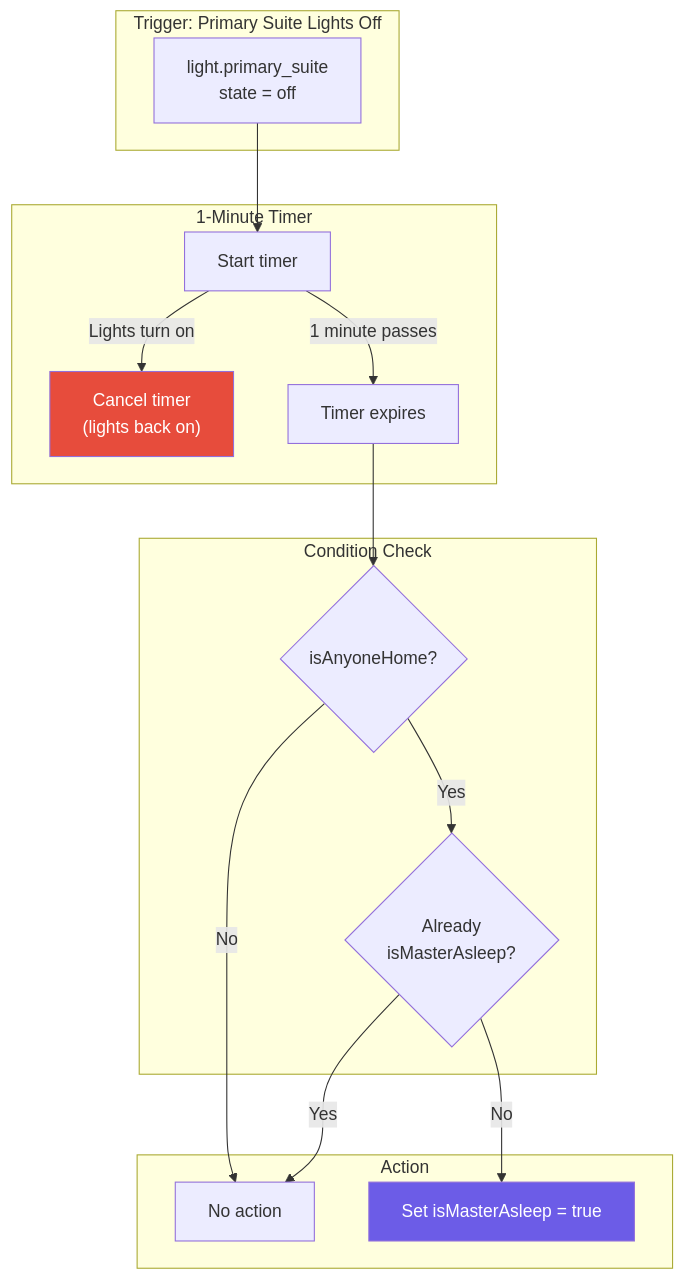
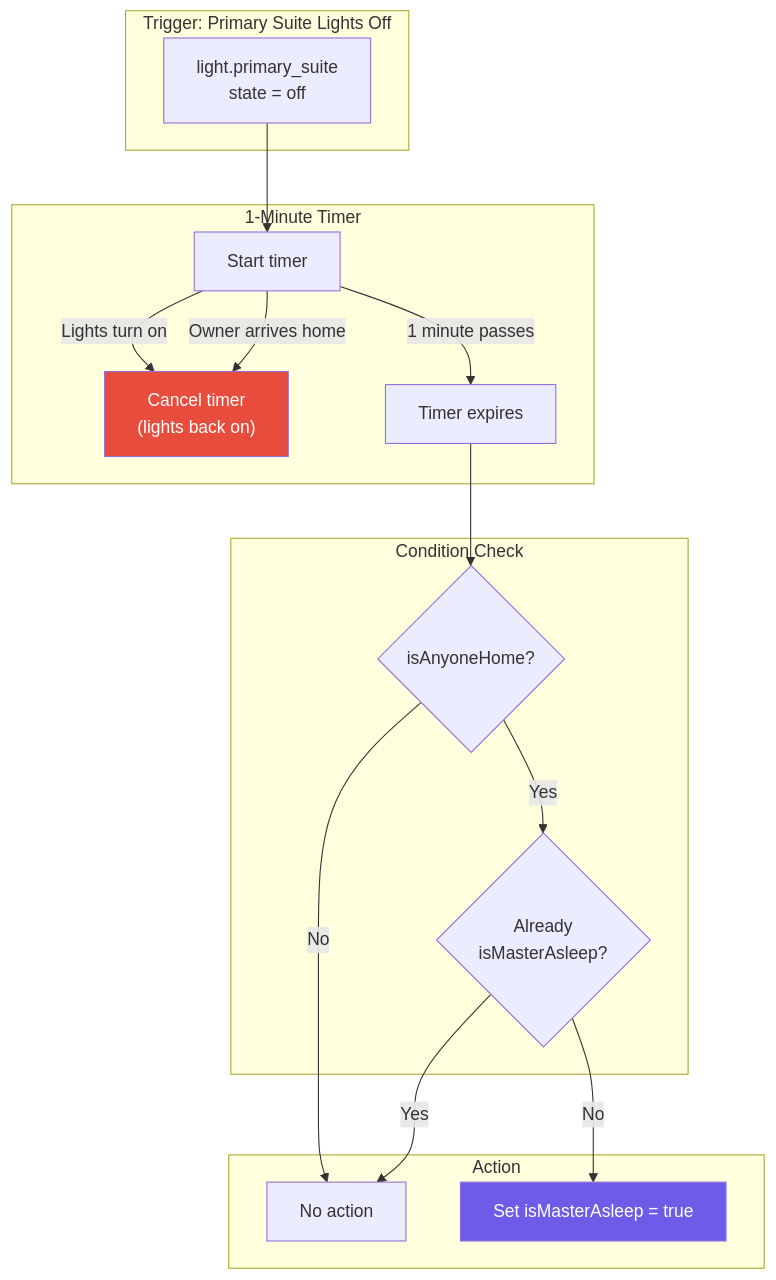
Before and after one commit to NickBorgers/home-automation: the second of 6 diagrams in docs/flows/STATE_TRACKING.md, drawn with Mermaid. The commit also changed other lines of this file and 1 other file, not shown here.

````diff
--- a/docs/flows/STATE_TRACKING.md
+++ b/docs/flows/STATE_TRACKING.md
@@ -62,34 +62,35 @@
 ```mermaid
 flowchart TD
     subgraph Trigger["Trigger: Primary Suite Lights Off"]
         lightsOff["light.primary_suite<br/>state = off"]
     end
 
     subgraph Timer["1-Minute Timer"]
         start["Start timer"]
         cancel["Cancel timer<br/>(lights back on)"]
         expire["Timer expires"]
     end
 
     subgraph Check["Condition Check"]
         checkHome{"isAnyoneHome?"}
         checkAsleep{"Already<br/>isMasterAsleep?"}
     end
 
     subgraph Action["Action"]
         setAsleep["Set isMasterAsleep = true"]
         skip["No action"]
     end
 
     lightsOff --> start
     start -->|Lights turn on| cancel
+    start -->|Owner arrives home| cancel
     start -->|1 minute passes| expire
     expire --> checkHome
     checkHome -->|No| skip
     checkHome -->|Yes| checkAsleep
     checkAsleep -->|Yes| skip
     checkAsleep -->|No| setAsleep
 
     style setAsleep fill:#6c5ce7,color:#fff
     style cancel fill:#e74c3c,color:#fff
 ```
````
